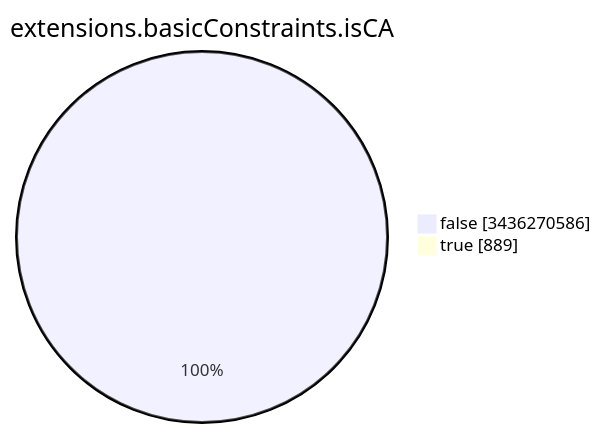
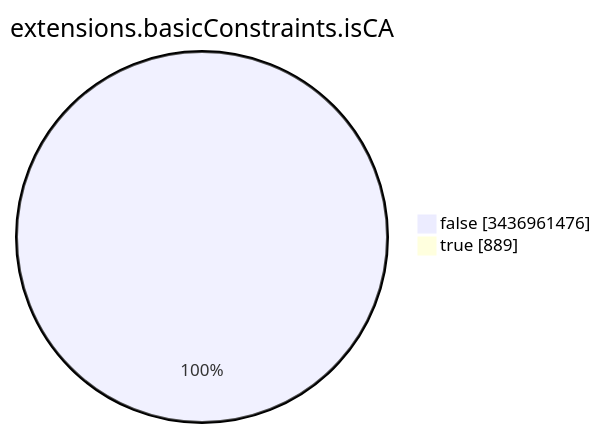
The seventh of 15 diagrams in TOTAL/README.md (christiankrug/ctmonitor_visualization), drawn with Mermaid before and after one commit. The commit also changed other lines of this file, not shown here.

````diff
--- a/TOTAL/README.md
+++ b/TOTAL/README.md
@@ -3092,6 +3092,6 @@
 ```mermaid
 pie showData
 title extensions.basicConstraints.isCA
-"false" :3436270586
+"false" :3436961476
 "true" :889
 ```
````
